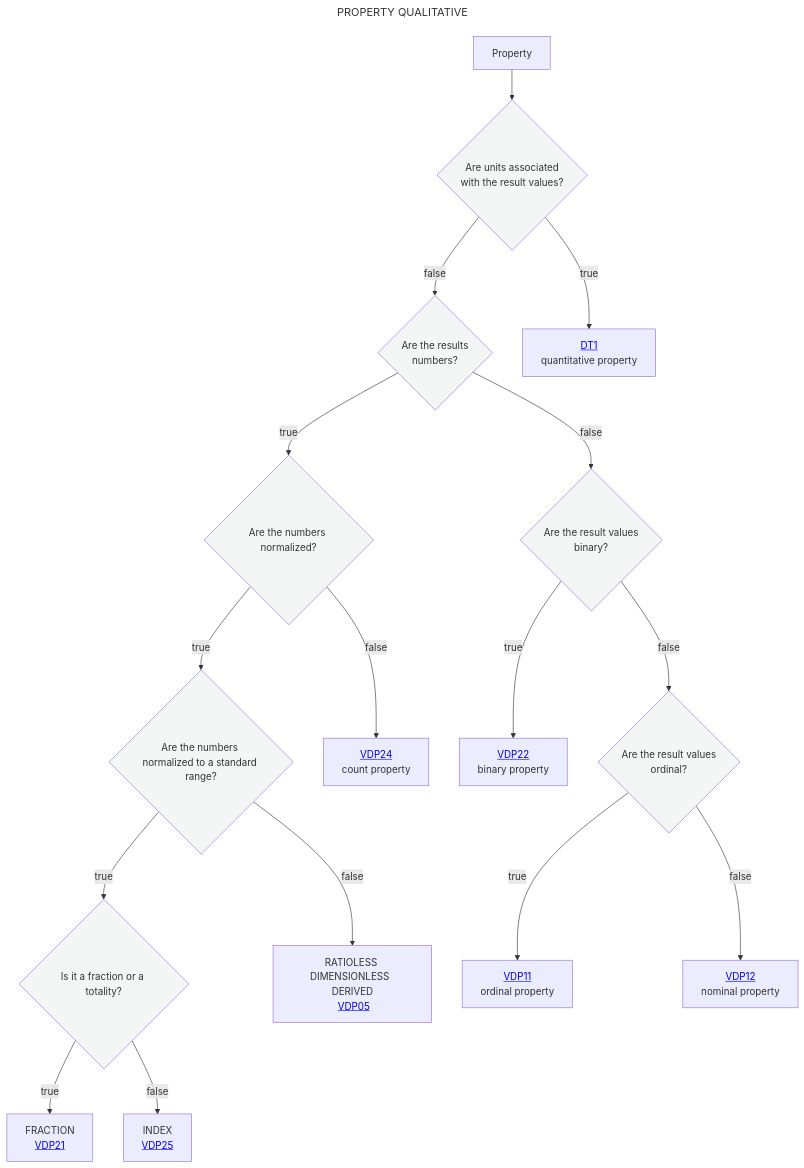
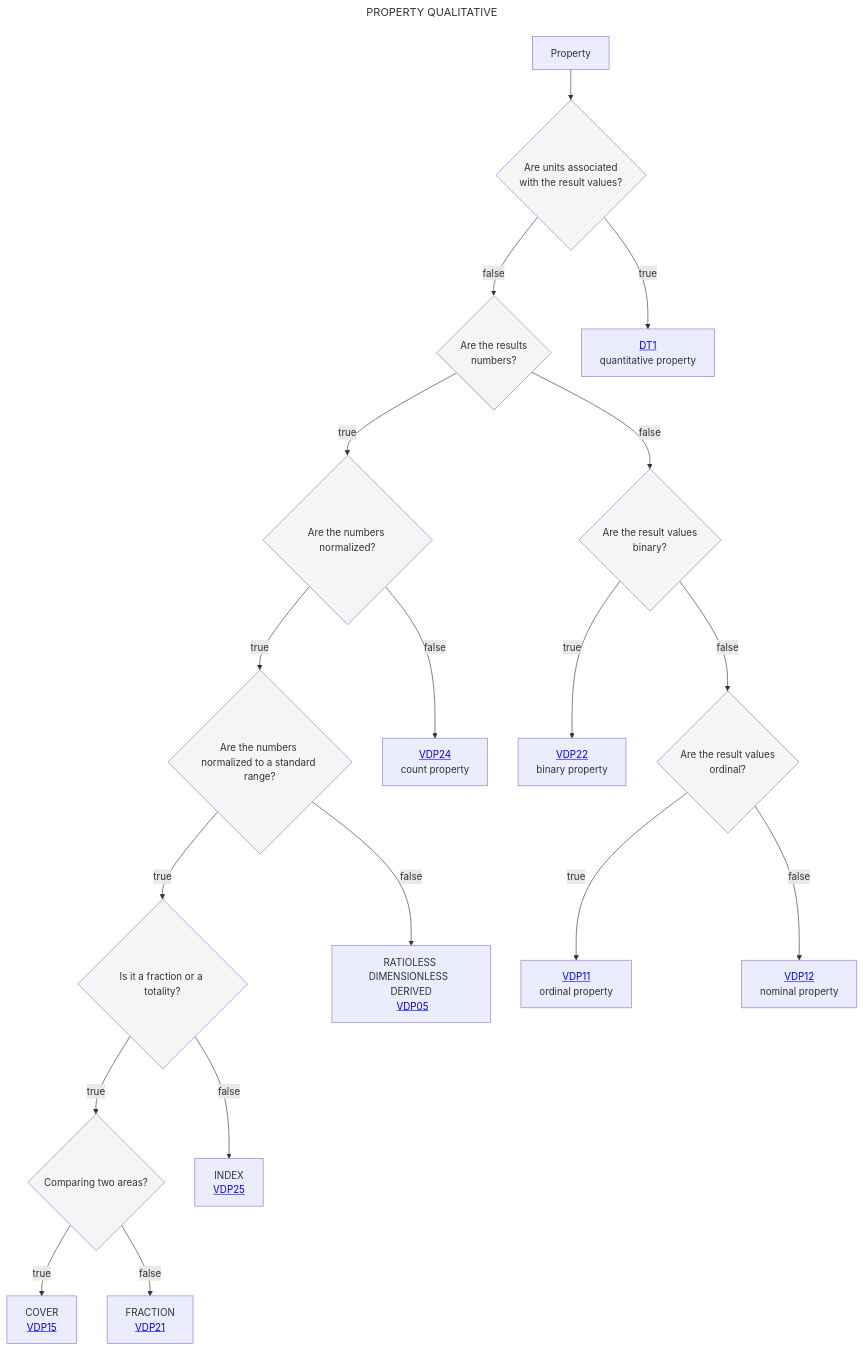
Before and after one commit to mabablue/I-ADOPT-patterns-playground: the diagram in Decisition_trees/DT0.mmd, drawn with Mermaid.

```diff
--- a/Decisition_trees/DT0.mmd
+++ b/Decisition_trees/DT0.mmd
@@ -1,23 +1,25 @@
 ---
 title: PROPERTY QUALITATIVE
 ---
 flowchart TD
     A[Property] --> B{Are units associated <br> with the result values?}:::white
     B --> |false|C{Are the results <br> numbers?}:::white
     B --> |true|D[<a href='https://github.com/mabablue/I-ADOPT-patterns-playground/blob/main/Decisition_trees/DT1.mmd'>DT1</a><br> quantitative property] 
     C --> |false|E{Are the result values <br> binary?}:::white
     C --> |true|H{Are the numbers normalized?}:::white
     H --> |true|HI{Are the numbers normalized to a standard range?}:::white
     HI --> |true|HJ{Is it a fraction or a totality?}:::white
-    HJ --> |true|HM[FRACTION <br> <a href='https://github.com/mabablue/I-ADOPT-patterns-playground/blob/main/pattern/VDP21.yaml'>VDP21</a>]
+    HJ --> |true|HM{Comparing two areas?}:::white
+    HM --> |true|HO[COVER <br> <a href='https://github.com/mabablue/I-ADOPT-patterns-playground/blob/main/pattern/VDP15.yaml'>VDP15</a>]
+    HM --> |false|HP[FRACTION <br> <a href='https://github.com/mabablue/I-ADOPT-patterns-playground/blob/main/pattern/VDP21.yaml'>VDP21</a>]
     HJ --> |false|HN[INDEX <br> <a href='https://github.com/mabablue/I-ADOPT-patterns-playground/blob/main/pattern/VDP25.yaml'>VDP25</a>]
     HI --> |false|HL[RATIOLESS DIMENSIONLESS  <br> DERIVED <br> <a href='https://github.com/mabablue/I-ADOPT-patterns-playground/blob/main/pattern/VDP05.yaml'>VDP05</a>]
     H --> |false|HK[<a href='https://github.com/mabablue/I-ADOPT-patterns-playground/blob/main/pattern/VDP24.yaml'>VDP24</a><br> count property] 
     E --> |true|F[<a href='https://github.com/mabablue/I-ADOPT-patterns-playground/blob/main/pattern/VDP22.yaml'>VDP22</a><br> binary property] 
     E --> |false|I{Are the result values <br> ordinal?}:::white
     I --> |true|J[<a href='https://github.com/mabablue/I-ADOPT-patterns-playground/blob/main/pattern/VDP11.yaml'>VDP11</a><br> ordinal property] 
     I --> |false|K[<a href='https://github.com/mabablue/I-ADOPT-patterns-playground/blob/main/pattern/VDP12.yaml'>VDP12</a><br> nominal property] 
    classDef blue fill:#90D5FF
    classDef satblue fill:#57B9FF 
    classDef white fill:#f3f6f4
    classDef green fill:#6aa84f
```
